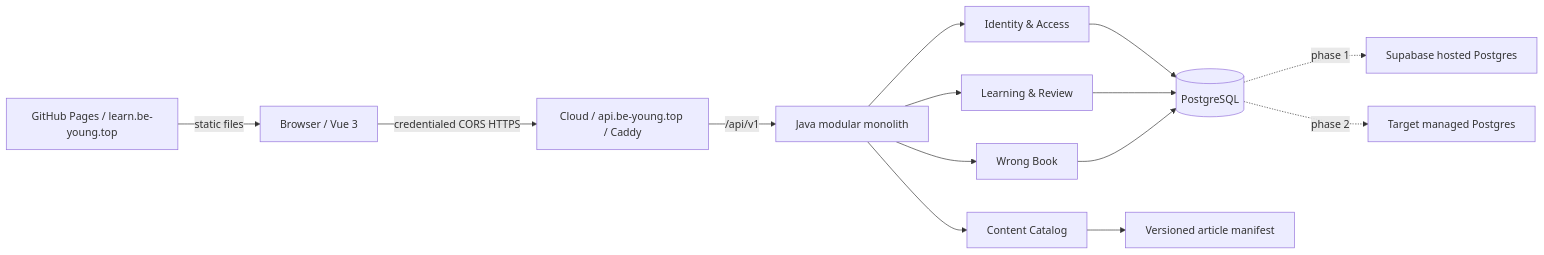
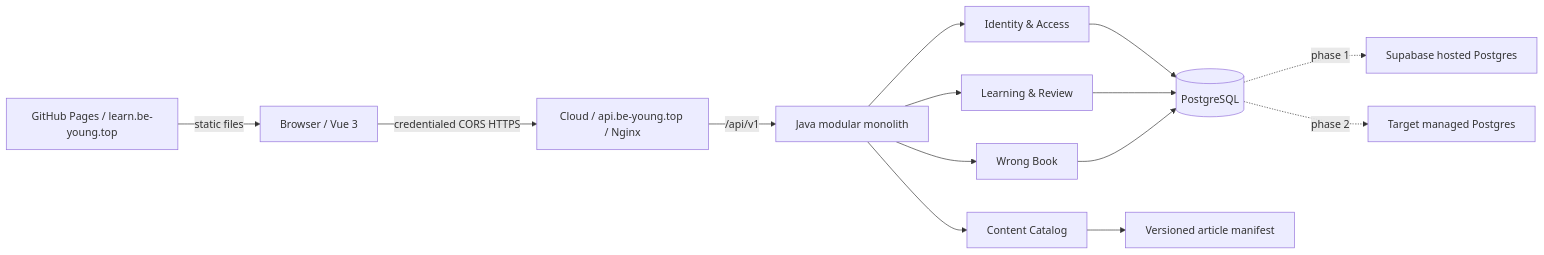
The diagram in docs/java-backend-migration-plan.md (by-be-young/tutor-base), drawn with Mermaid before and after one commit. The commit also changed other lines of this file and 8 other files, not shown here.

Commit message:
deploy: reuse host nginx for staging API

````diff
--- a/docs/java-backend-migration-plan.md
+++ b/docs/java-backend-migration-plan.md
@@ -40,16 +40,16 @@
 ```mermaid
 flowchart LR
     G["GitHub Pages / learn.be-young.top"] -->|"static files"| B["Browser / Vue 3"]
-    B -->|"credentialed CORS HTTPS"| C["Cloud / api.be-young.top / Caddy"]
+    B -->|"credentialed CORS HTTPS"| C["Cloud / api.be-young.top / Nginx"]
     C -->|"/api/v1"| J["Java modular monolith"]
     J --> I["Identity & Access"]
     J --> L["Learning & Review"]
     J --> W["Wrong Book"]
     J --> K["Content Catalog"]
     I --> P[("PostgreSQL")]
     L --> P
     W --> P
     K --> M["Versioned article manifest"]
     P -. "phase 1" .-> S["Supabase hosted Postgres"]
     P -. "phase 2" .-> T["Target managed Postgres"]
 ```
````
